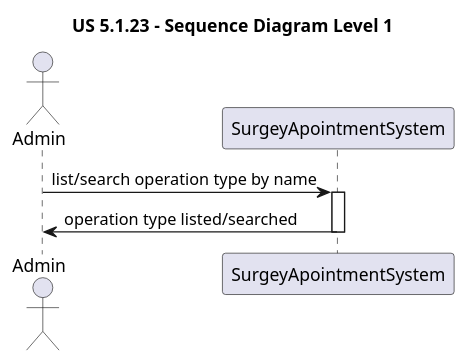
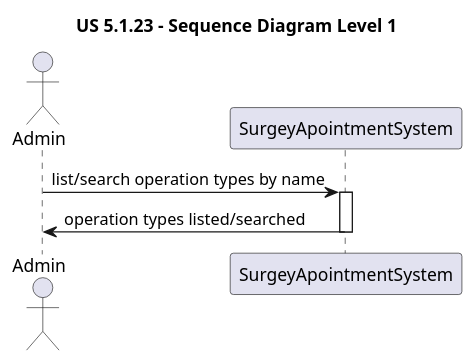
Before and after one commit to MateusCabral2004/sem5pi: the diagram in docs/Sprint 1/US 5.1.23/ListByName/Sequence Diagrams/Level1/SD_Level1.puml, drawn with PlantUML. The commit also changed 2 other files, not shown here.

Commit message:
#23 sequence diagrams level 2 and 3 (UC: list/search by name)

```diff
--- a/docs/Sprint 1/US 5.1.23/ListByName/Sequence Diagrams/Level1/SD_Level1.puml
+++ b/docs/Sprint 1/US 5.1.23/ListByName/Sequence Diagrams/Level1/SD_Level1.puml
@@ -1,12 +1,12 @@
 @startuml
 
 title US 5.1.23 - Sequence Diagram Level 1
 actor Admin
 participant SurgeyApointmentSystem
 
-Admin -> SurgeyApointmentSystem : list/search operation type by name
+Admin -> SurgeyApointmentSystem : list/search operation types by name
 activate SurgeyApointmentSystem
 
-SurgeyApointmentSystem -> Admin : operation type listed/searched
+SurgeyApointmentSystem -> Admin : operation types listed/searched
 deactivate SurgeyApointmentSystem
 @enduml
```
